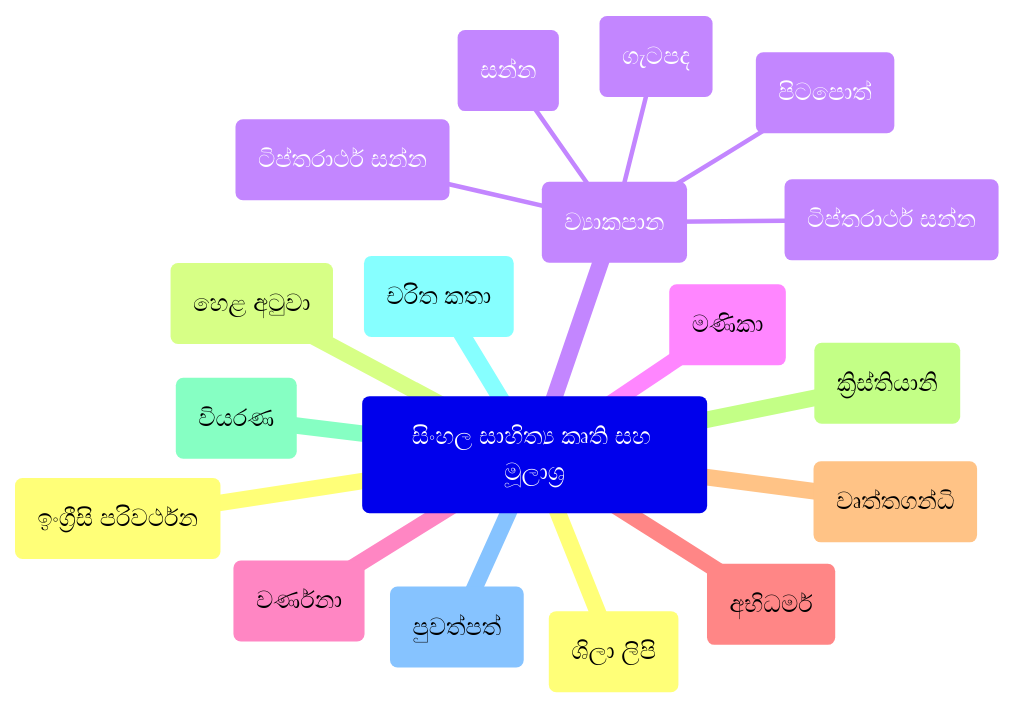
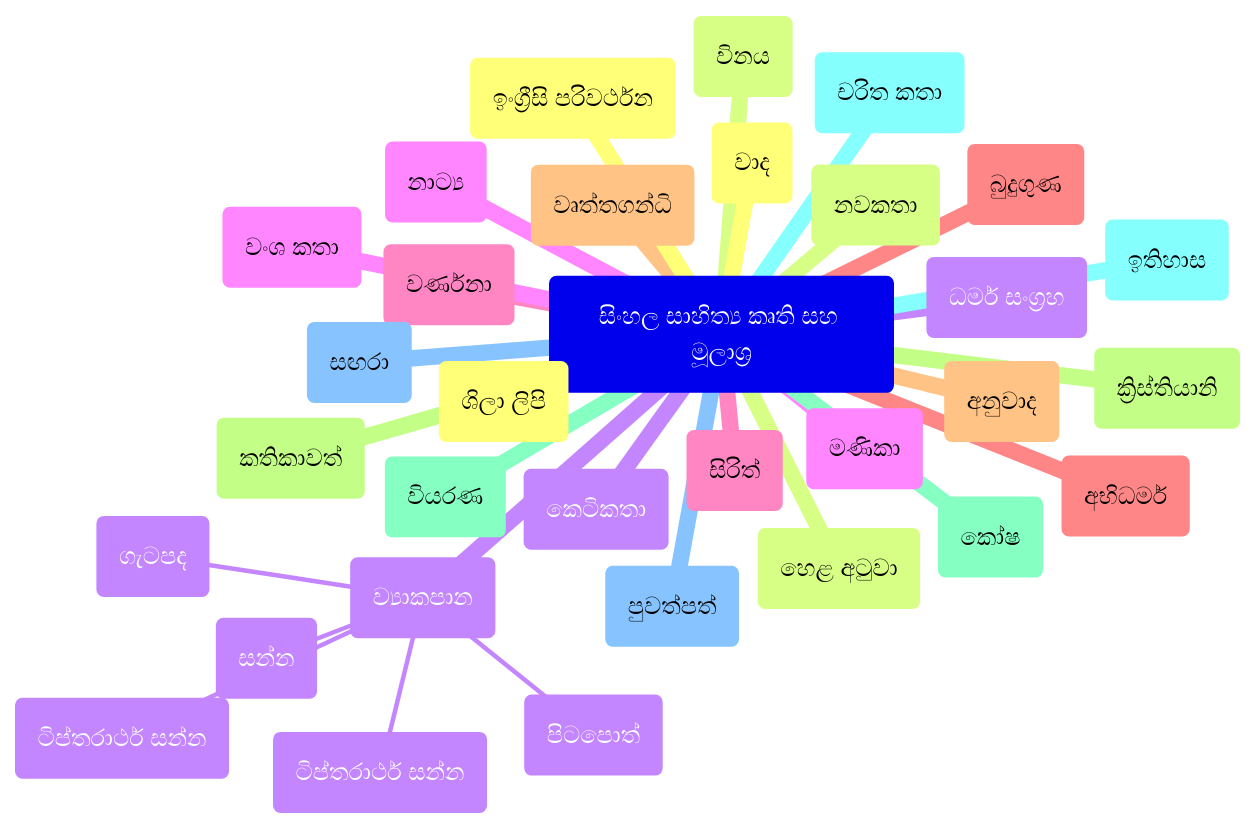
One commit to vanniurumaya/SinhalaLiterature changed the diagram in README.md. Above: the diagram before and after it, drawn with Mermaid.

````diff
--- a/README.md
+++ b/README.md
@@ -3,21 +3,35 @@
 ```mermaid
 mindmap
     A(සිංහල සාහිත්‍ය කෘති සහ මූලාශ්‍ර)
         B(ශිලා ලිපි)
         C(හෙළ අටුවා)
         D(ව්‍යාකපාන)
             E(ගැටපද)
             F(පිටපොත්)
             H(ටිප්තරාර්ථ සන්න)
             H(ටිප්තරාර්ථ සන්න)
             I(සන්න)
         G(මණිකා)
         J(වර්ණනා)
         K(අභිධර්ම)
         L(වෘත්තගන්ධි)
         M(ක්‍රිස්තියානි)
         N(වියරණ)
         O(චරිත කතා)
         P(පුවත්පත්)
         Q(ඉංග්‍රීසි පරිවර්ථන)
+        R(විනය)
+        S(ධර්ම සංග්‍රහ)
+        T(වංශ කතා)
+        U(සිරිත්)
+        V(බුදුගුණ)
+        W(අනුවාද)
+        X(කතිකාවත්)
+        Y(කෝෂ)
+        Z(ඉතිහාස)
+        AA(සඟරා)
+        BB(වාද)
+        CC(නවකතා)
+        DD(කෙටිකතා)
+        EE(නාට්‍ය)
 ```
````
